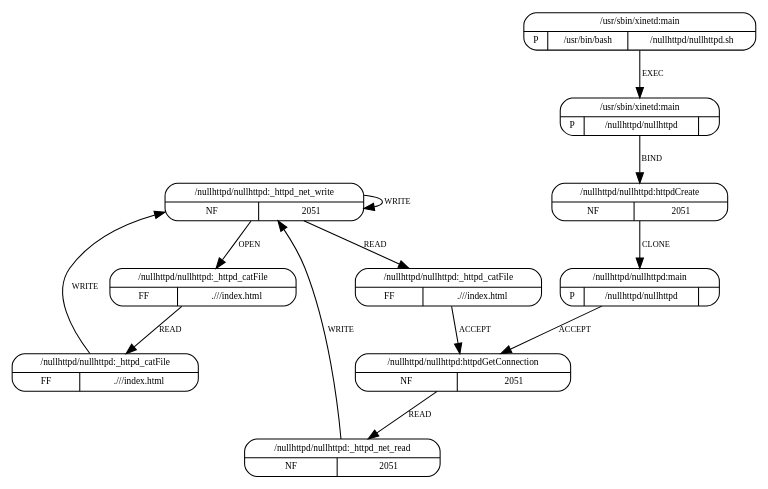
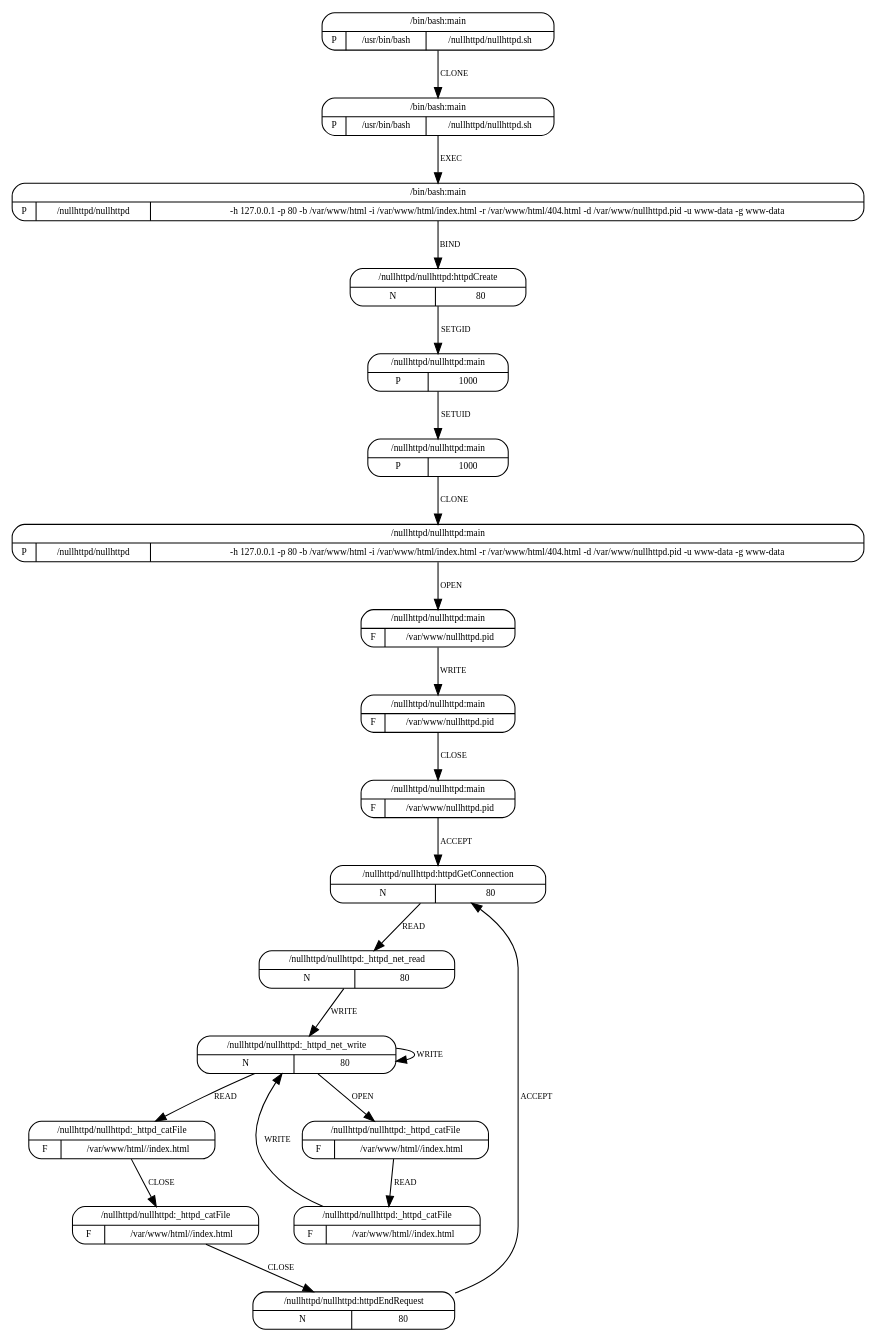
The diagram in plugins/mrm/resources/models/nullhttpd.dot (sysflow-telemetry/upolicycraft), drawn with Graphviz before and after one commit. The commit also changed 9 other files, not shown here.

```diff
--- a/plugins/mrm/resources/models/nullhttpd.dot
+++ b/plugins/mrm/resources/models/nullhttpd.dot
@@ -1,43 +1,70 @@
 digraph G {
-  4 [shape=Mrecord, label="{{/nullhttpd/nullhttpd:_httpd_net_write}|{NF|2051}}",
+  3 [shape=Mrecord, label="{{/nullhttpd/nullhttpd:httpdCreate}|{N|80}}",
+     fontsize=9, ];
+  10 [shape=Mrecord, label="{{/nullhttpd/nullhttpd:httpdGetConnection}|{N|80}}",
+      fontsize=9, ];
+  12 [shape=Mrecord, label="{{/nullhttpd/nullhttpd:_httpd_net_write}|{N|80}}",
+      fontsize=9, ];
+  11 [shape=Mrecord, label="{{/nullhttpd/nullhttpd:_httpd_net_read}|{N|80}}",
+      fontsize=9, ];
+  16 [shape=Mrecord,
+      label="{{/nullhttpd/nullhttpd:_httpd_catFile}|{F|/var/www/html//index.html}}",
+      fontsize=9, ];
+  17 [shape=Mrecord,
+      label="{{/nullhttpd/nullhttpd:_httpd_catFile}|{F|/var/www/html//index.html}}",
+      fontsize=9, ];
+  13 [shape=Mrecord,
+      label="{{/nullhttpd/nullhttpd:_httpd_catFile}|{F|/var/www/html//index.html}}",
+      fontsize=9, ];
+  14 [shape=Mrecord,
+      label="{{/nullhttpd/nullhttpd:_httpd_catFile}|{F|/var/www/html//index.html}}",
+      fontsize=9, ];
+  15 [shape=Mrecord, label="{{/nullhttpd/nullhttpd:httpdEndRequest}|{N|80}}",
+      fontsize=9, ];
+  7 [shape=Mrecord,
+     label="{{/nullhttpd/nullhttpd:main}|{F|/var/www/nullhttpd.pid}}",
      fontsize=9, ];
   8 [shape=Mrecord,
-     label="{{/nullhttpd/nullhttpd:_httpd_catFile}|{FF|.///index.html}}",
+     label="{{/nullhttpd/nullhttpd:main}|{F|/var/www/nullhttpd.pid}}",
      fontsize=9, ];
   9 [shape=Mrecord,
-     label="{{/nullhttpd/nullhttpd:_httpd_catFile}|{FF|.///index.html}}",
-     fontsize=9, ];
-  5 [shape=Mrecord,
-     label="{{/nullhttpd/nullhttpd:_httpd_catFile}|{FF|.///index.html}}",
-     fontsize=9, ];
-  2 [shape=Mrecord, label="{{/nullhttpd/nullhttpd:httpdCreate}|{NF|2051}}",
+     label="{{/nullhttpd/nullhttpd:main}|{F|/var/www/nullhttpd.pid}}",
      fontsize=9, ];
   6 [shape=Mrecord,
-     label="{{/nullhttpd/nullhttpd:httpdGetConnection}|{NF|2051}}",
+     label="{{/nullhttpd/nullhttpd:main}|{P|/nullhttpd/nullhttpd|-h 127.0.0.1 -p 80 -b /var/www/html -i /var/www/html/index.html -r /var/www/html/404.html -d /var/www/nullhttpd.pid -u www-data -g www-data}}",
      fontsize=9, ];
-  7 [shape=Mrecord, label="{{/nullhttpd/nullhttpd:_httpd_net_read}|{NF|2051}}",
+  5 [shape=Mrecord, label="{{/nullhttpd/nullhttpd:main}|{P|1000}}", fontsize=9, ];
+  4 [shape=Mrecord, label="{{/nullhttpd/nullhttpd:main}|{P|1000}}", fontsize=9, ];
+  0 [shape=Mrecord,
+     label="{{/bin/bash:main}|{P|/usr/bin/bash|/nullhttpd/nullhttpd.sh}}",
      fontsize=9, ];
-  3 [shape=Mrecord,
-     label="{{/nullhttpd/nullhttpd:main}|{P|/nullhttpd/nullhttpd|}}",
+  1 [shape=Mrecord,
+     label="{{/bin/bash:main}|{P|/usr/bin/bash|/nullhttpd/nullhttpd.sh}}",
      fontsize=9, ];
-  0 [shape=Mrecord,
-     label="{{/usr/sbin/xinetd:main}|{P|/usr/bin/bash|/nullhttpd/nullhttpd.sh}}",
-     fontsize=9, ];
-  1 [shape=Mrecord, label="{{/usr/sbin/xinetd:main}|{P|/nullhttpd/nullhttpd|}}",
+  2 [shape=Mrecord,
+     label="{{/bin/bash:main}|{P|/nullhttpd/nullhttpd|-h 127.0.0.1 -p 80 -b /var/www/html -i /var/www/html/index.html -r /var/www/html/404.html -d /var/www/nullhttpd.pid -u www-data -g www-data}}",
      fontsize=9, ];
   
   
-  4 -> 4 [label="WRITE", fontsize=8, ];
-  4 -> 8 [label="OPEN", fontsize=8, ];
-  4 -> 5 [label="READ", fontsize=8, ];
-  8 -> 9 [label="READ", fontsize=8, ];
-  9 -> 4 [label="WRITE", fontsize=8, ];
-  5 -> 6 [label="ACCEPT", fontsize=8, ];
-  2 -> 3 [label="CLONE", fontsize=8, ];
-  6 -> 7 [label="READ", fontsize=8, ];
-  7 -> 4 [label="WRITE", fontsize=8, ];
-  3 -> 6 [label="ACCEPT", fontsize=8, ];
-  0 -> 1 [label="EXEC", fontsize=8, ];
-  1 -> 2 [label="BIND", fontsize=8, ];
+  3 -> 4 [label="SETGID", fontsize=8, ];
+  10 -> 11 [label="READ", fontsize=8, ];
+  12 -> 12 [label="WRITE", fontsize=8, ];
+  12 -> 16 [label="OPEN", fontsize=8, ];
+  12 -> 13 [label="READ", fontsize=8, ];
+  11 -> 12 [label="WRITE", fontsize=8, ];
+  16 -> 17 [label="READ", fontsize=8, ];
+  17 -> 12 [label="WRITE", fontsize=8, ];
+  13 -> 14 [label="CLOSE", fontsize=8, ];
+  14 -> 15 [label="CLOSE", fontsize=8, ];
+  15 -> 10 [label="ACCEPT", fontsize=8, ];
+  7 -> 8 [label="WRITE", fontsize=8, ];
+  8 -> 9 [label="CLOSE", fontsize=8, ];
+  9 -> 10 [label="ACCEPT", fontsize=8, ];
+  6 -> 7 [label="OPEN", fontsize=8, ];
+  5 -> 6 [label="CLONE", fontsize=8, ];
+  4 -> 5 [label="SETUID", fontsize=8, ];
+  0 -> 1 [label="CLONE", fontsize=8, ];
+  1 -> 2 [label="EXEC", fontsize=8, ];
+  2 -> 3 [label="BIND", fontsize=8, ];
   
   }
```
